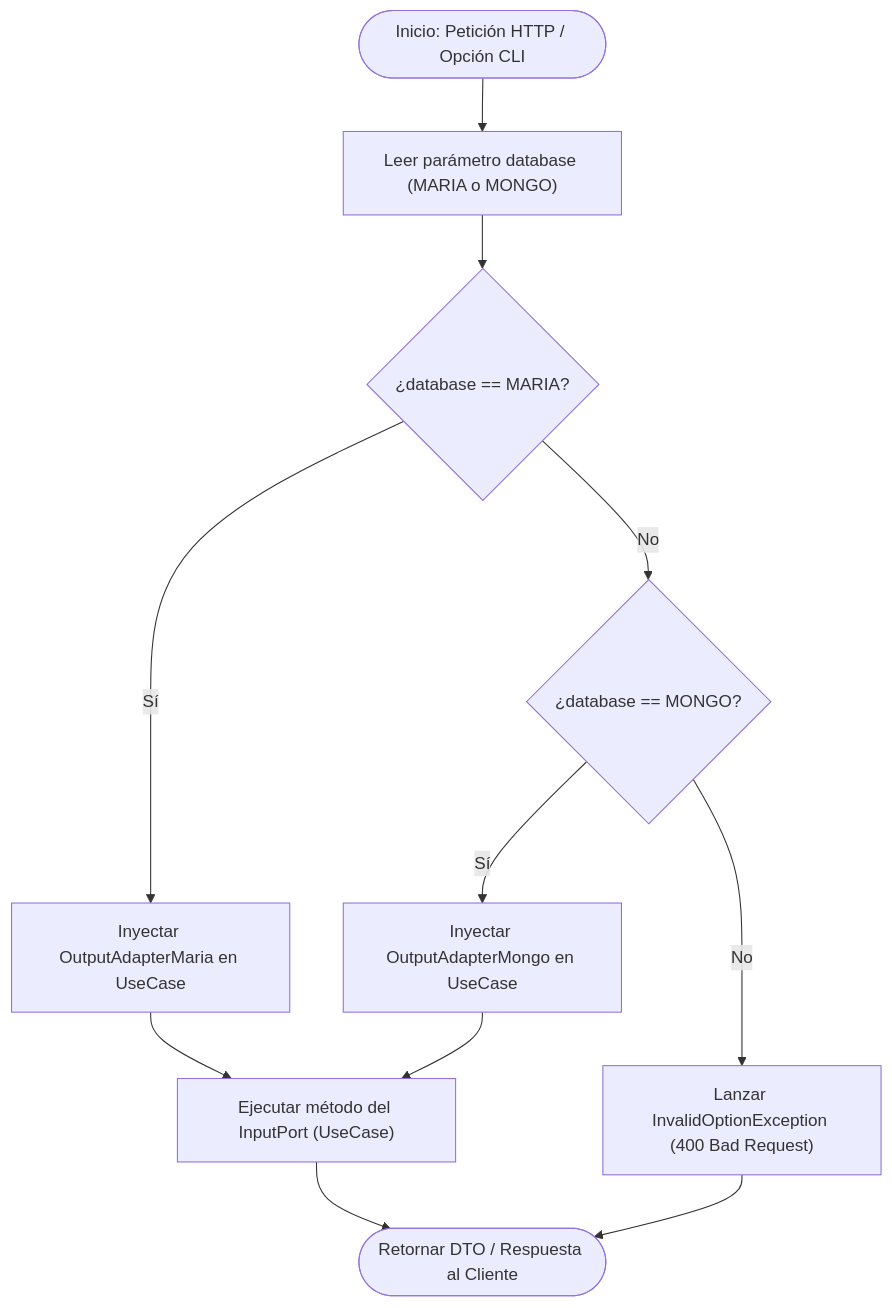
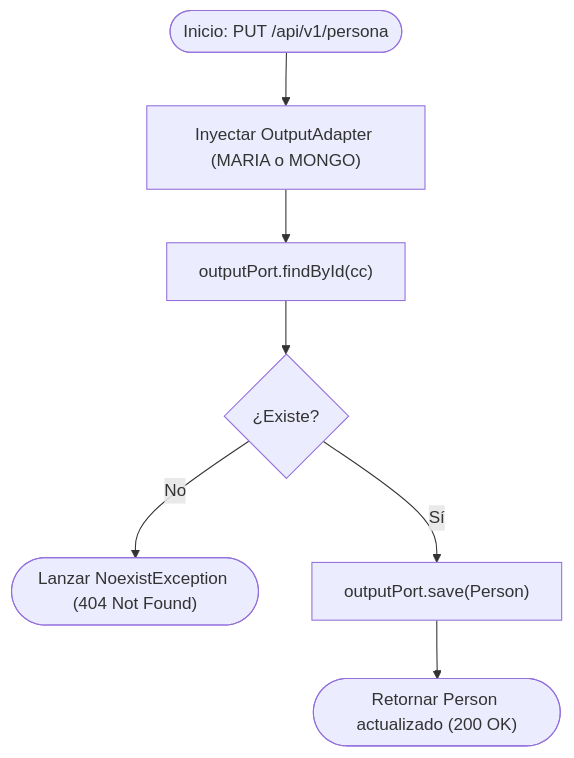
The fifth of 30 diagrams in docs/DIAGRAMAS_DE_FLUJO_CASOS_DE_USO.md (Nicolas11Leon/taller-java), drawn with Mermaid before and after one commit. The commit also changed other lines of this file, not shown here.

Commit message:
docs: generar los 30 diagramas de flujo individuales por cada caso de uso

````diff
--- a/docs/DIAGRAMAS_DE_FLUJO_CASOS_DE_USO.md
+++ b/docs/DIAGRAMAS_DE_FLUJO_CASOS_DE_USO.md
@@ -11,13 +49,9 @@
 ```mermaid
 flowchart TD
-    A(["Inicio: Petición HTTP / Opción CLI"]) --> B["Leer parámetro database (MARIA o MONGO)"]
-    B --> C{"¿database == MARIA?"}
-    C -- "Sí" --> D["Inyectar OutputAdapterMaria en UseCase"]
-    C -- "No" --> E{"¿database == MONGO?"}
-    E -- "Sí" --> F["Inyectar OutputAdapterMongo en UseCase"]
-    E -- "No" --> G["Lanzar InvalidOptionException (400 Bad Request)"]
-    D --> H["Ejecutar método del InputPort (UseCase)"]
-    F --> H
-    H --> I(["Retornar DTO / Respuesta al Cliente"])
-    G --> I
+    A(["Inicio: PUT /api/v1/persona"]) --> B["Inyectar OutputAdapter (MARIA o MONGO)"]
+    B --> C["outputPort.findById(cc)"]
+    C --> D{"¿Existe?"}
+    D -- "No" --> E(["Lanzar NoexistException (404 Not Found)"])
+    D -- "Sí" --> F["outputPort.save(Person)"]
+    F --> G(["Retornar Person actualizado (200 OK)"])
 ```
````
